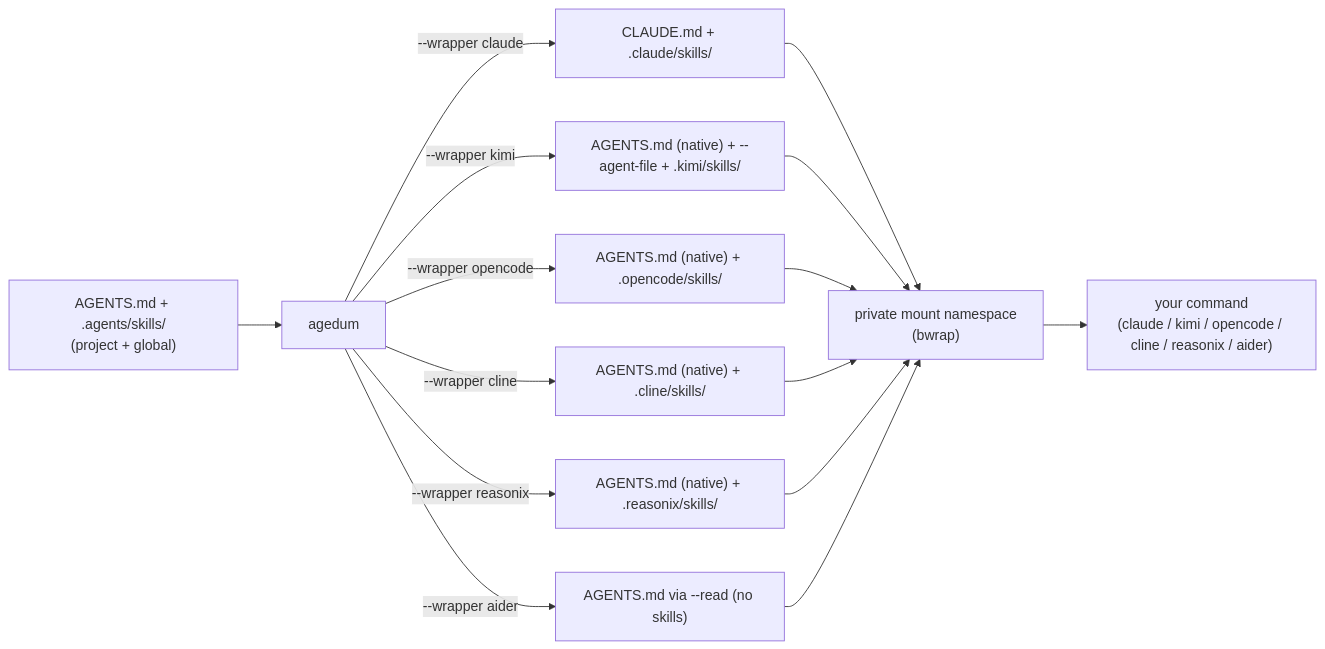
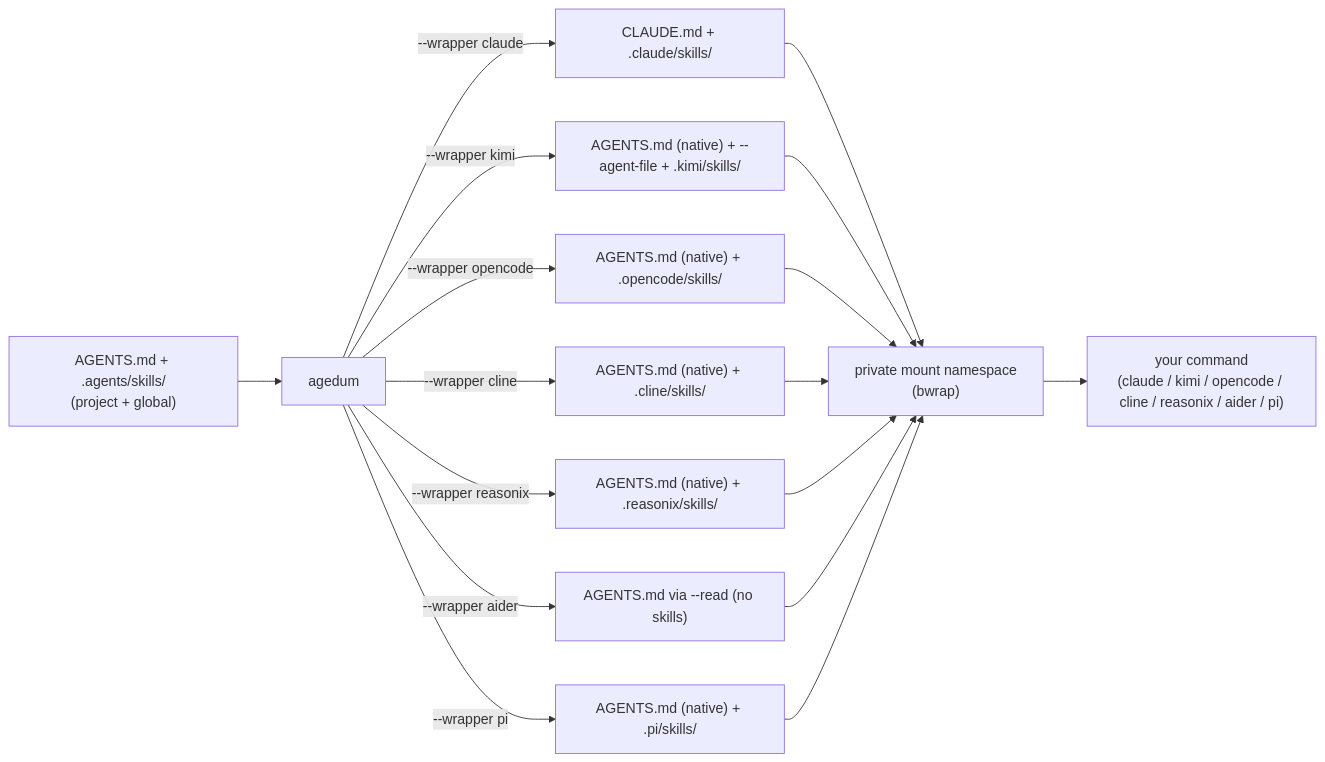
One commit to vcoeur/agedum changed the diagram in docs/index.md. Above: the diagram before and after it, drawn with Mermaid. The commit also changed other lines of this file and 16 other files, not shown here.

````diff
--- a/docs/index.md
+++ b/docs/index.md
@@ -61,17 +61,19 @@
 ```mermaid
 flowchart LR
   src["AGENTS.md + .agents/skills/<br/>(project + global)"] --> agedum
   agedum -->|"--wrapper claude"| cl["CLAUDE.md + .claude/skills/"]
   agedum -->|"--wrapper kimi"| ki["AGENTS.md (native) + --agent-file + .kimi/skills/"]
   agedum -->|"--wrapper opencode"| oc["AGENTS.md (native) + .opencode/skills/"]
   agedum -->|"--wrapper cline"| cln["AGENTS.md (native) + .cline/skills/"]
   agedum -->|"--wrapper reasonix"| rx["AGENTS.md (native) + .reasonix/skills/"]
   agedum -->|"--wrapper aider"| ai["AGENTS.md via --read (no skills)"]
+  agedum -->|"--wrapper pi"| pi["AGENTS.md (native) + .pi/skills/"]
   cl --> ns["private mount namespace<br/>(bwrap)"]
   ki --> ns
   oc --> ns
   cln --> ns
   rx --> ns
   ai --> ns
-  ns --> cmd["your command<br/>(claude / kimi / opencode / cline / reasonix / aider)"]
+  pi --> ns
+  ns --> cmd["your command<br/>(claude / kimi / opencode / cline / reasonix / aider / pi)"]
 ```
````
